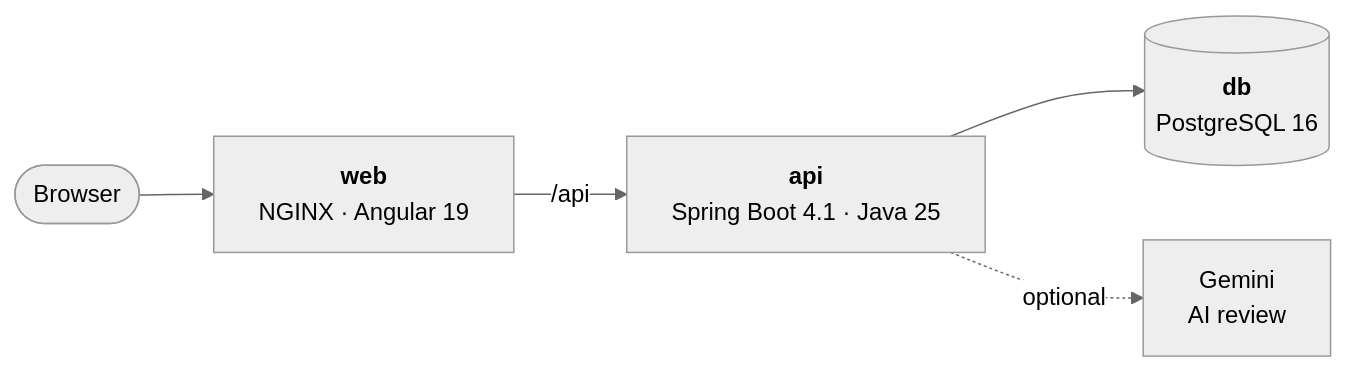
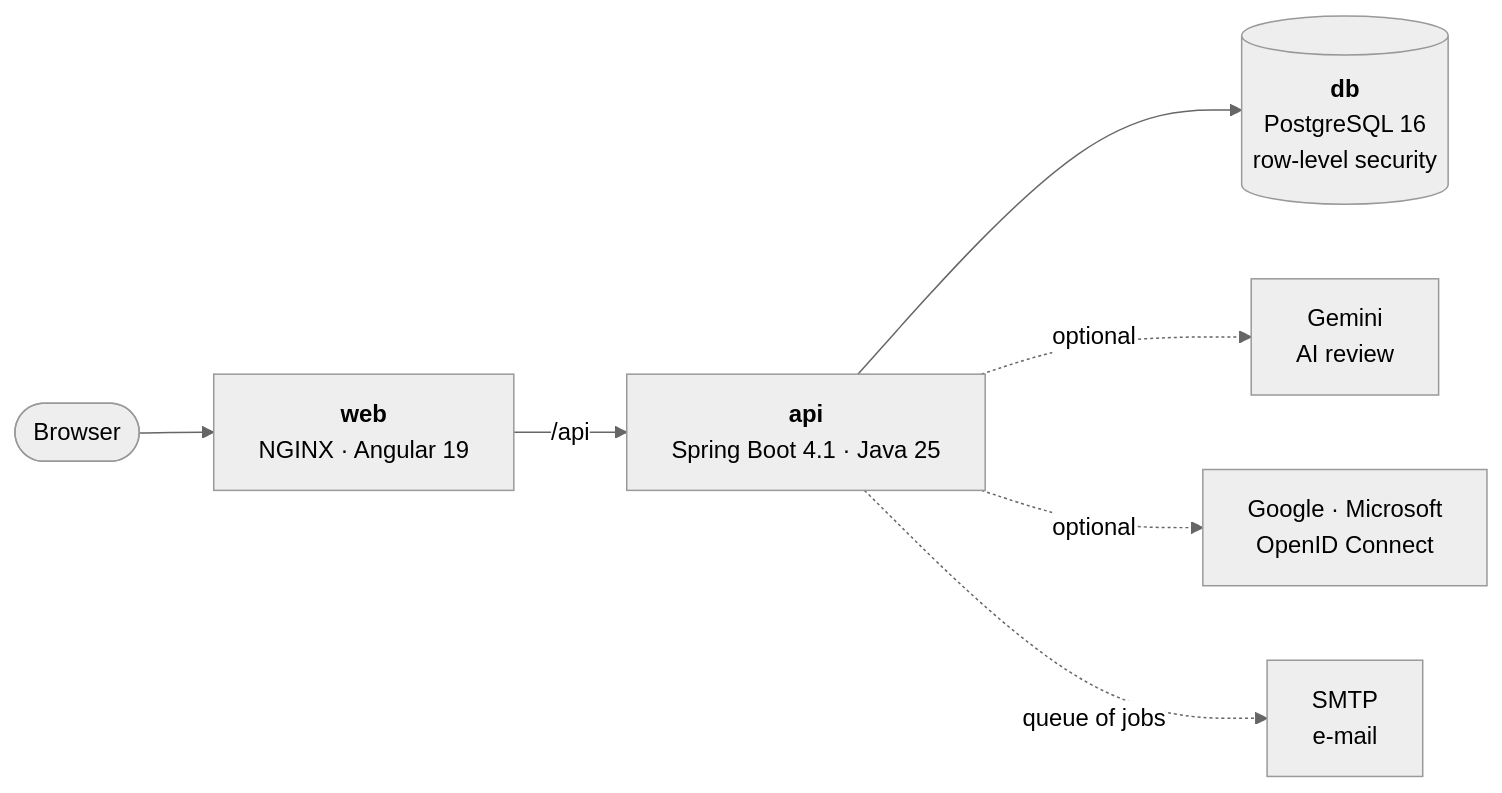
One commit to AndresContreras1/bpmn-process-manager-api changed the second of 3 diagrams in README.md. Above: the diagram before and after it, drawn with Mermaid (neutral theme). The commit also changed other lines of this file, not shown here.

First line of the commit message:
docs: bring the README up to the second factor, OIDC, rate limits, audit trail and row-level security

````diff
--- a/README.md
+++ b/README.md
@@ -73,7 +75,9 @@
 ```mermaid
 flowchart LR
     B(["Browser"]) --> W["<b>web</b><br/>NGINX · Angular 19"]
     W -- "/api" --> A["<b>api</b><br/>Spring Boot 4.1 · Java 25"]
-    A --> D[("<b>db</b><br/>PostgreSQL 16")]
+    A --> D[("<b>db</b><br/>PostgreSQL 16<br/>row-level security")]
     A -. "optional" .-> G["Gemini<br/>AI review"]
+    A -. "optional" .-> O["Google · Microsoft<br/>OpenID Connect"]
+    A -. "queue of jobs" .-> S["SMTP<br/>e-mail"]
 ```
````
